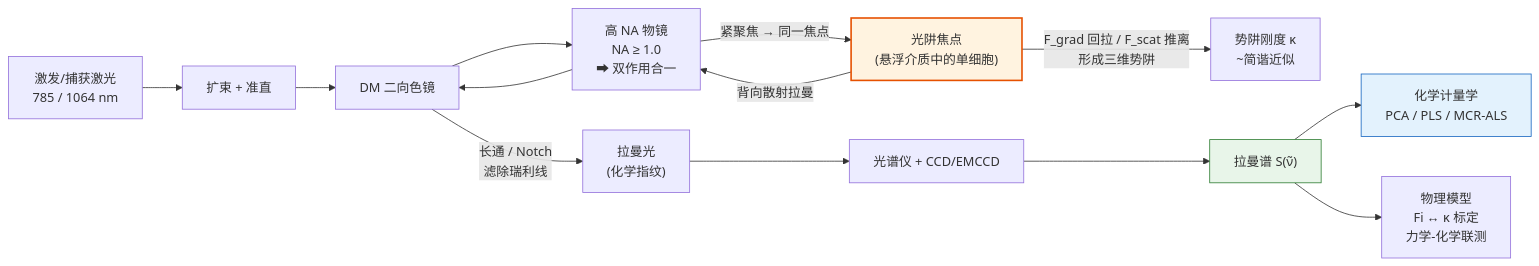
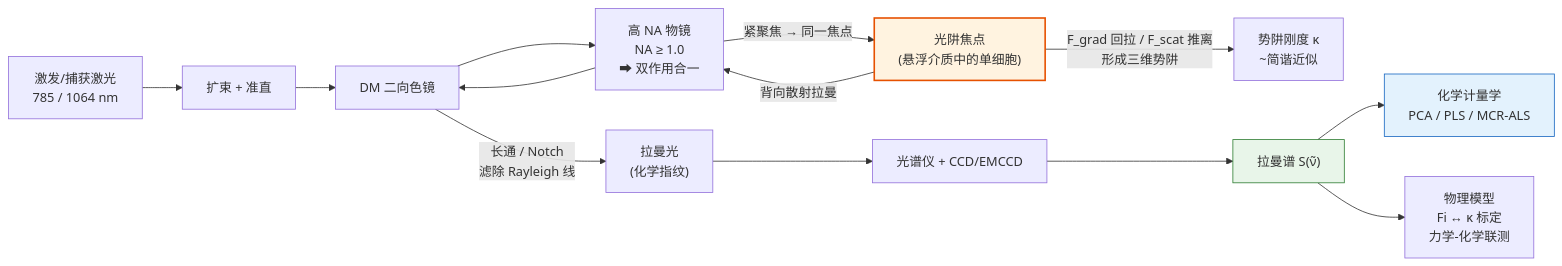
Before and after one commit to roxszi/skills: the diagram in skills/tech-brief-writer/LTRS/技术简报.md, drawn with Mermaid. The commit also changed other lines of this file and 3 other files, not shown here.

````diff
--- a/skills/tech-brief-writer/LTRS/技术简报.md
+++ b/skills/tech-brief-writer/LTRS/技术简报.md
@@ -113,22 +126,22 @@
 ```mermaid
 flowchart LR
     L["激发/捕获激光<br/>785 / 1064 nm"] --> BE["扩束 + 准直"]
     BE --> DM["DM 二向色镜"]
     DM --> OBJ["高 NA 物镜<br/>NA ≥ 1.0<br/>⮕ 双作用合一"]
 
     OBJ -->|紧聚焦 → 同一焦点| FOC["光阱焦点<br/>(悬浮介质中的单细胞)"]
     FOC -->|"F_grad 回拉 / F_scat 推离<br/>形成三维势阱"| TRAPK["势阱刚度 κ<br/>~简谐近似"]
 
     FOC -->|背向散射拉曼| OBJ
     OBJ --> DM
-    DM -->|"长通 / Notch<br/>滤除瑞利线"| NF["拉曼光<br/>(化学指纹)"]
+    DM -->|"长通 / Notch<br/>滤除 Rayleigh 线"| NF["拉曼光<br/>(化学指纹)"]
     NF --> SP["光谱仪 + CCD/EMCCD"]
     SP --> SPEC["拉曼谱 S(ν̃)"]
 
     SPEC --> CHEMO["化学计量学<br/>PCA / PLS / MCR-ALS"]
     SPEC --> PHYS["物理模型<br/>Fi ↔ κ 标定<br/>力学-化学联测"]
 
     style FOC fill:#FFF3E0,stroke:#E65100,stroke-width:2px
     style SPEC fill:#E8F5E9,stroke:#2E7D32
     style CHEMO fill:#E3F2FD,stroke:#1565C0
 ```
````
